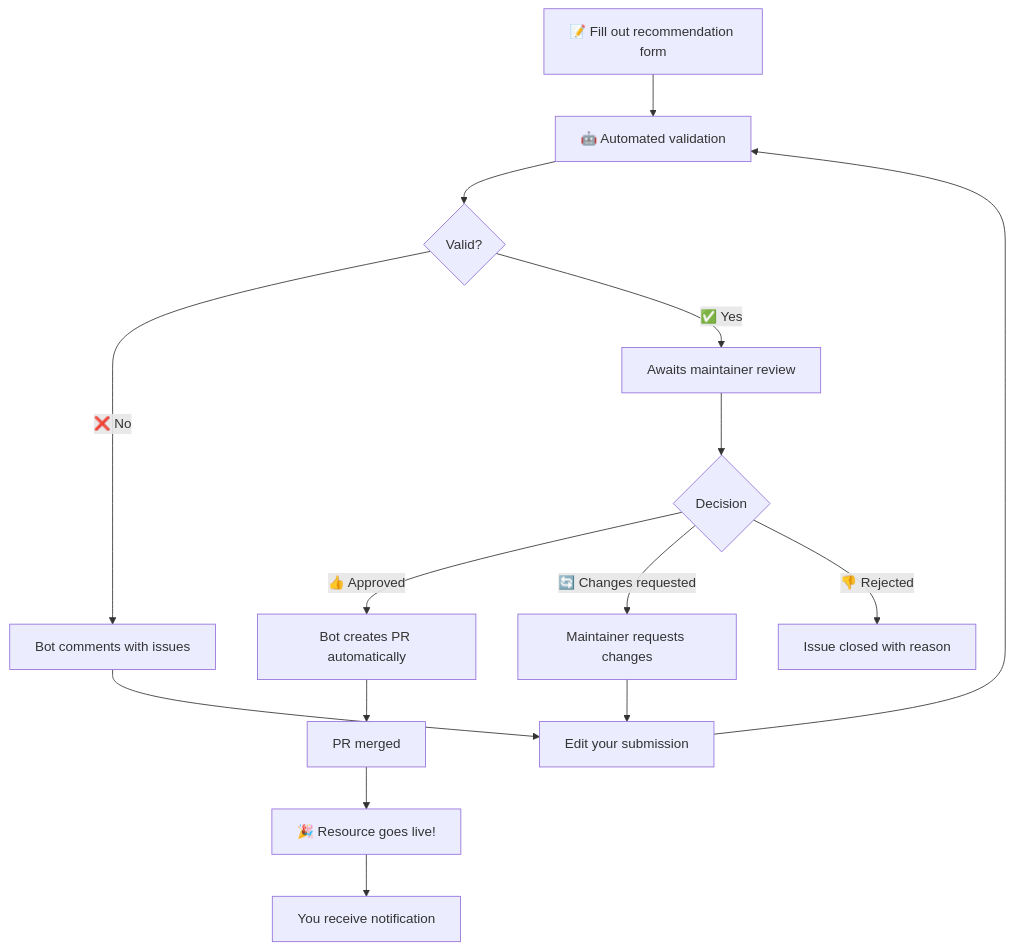
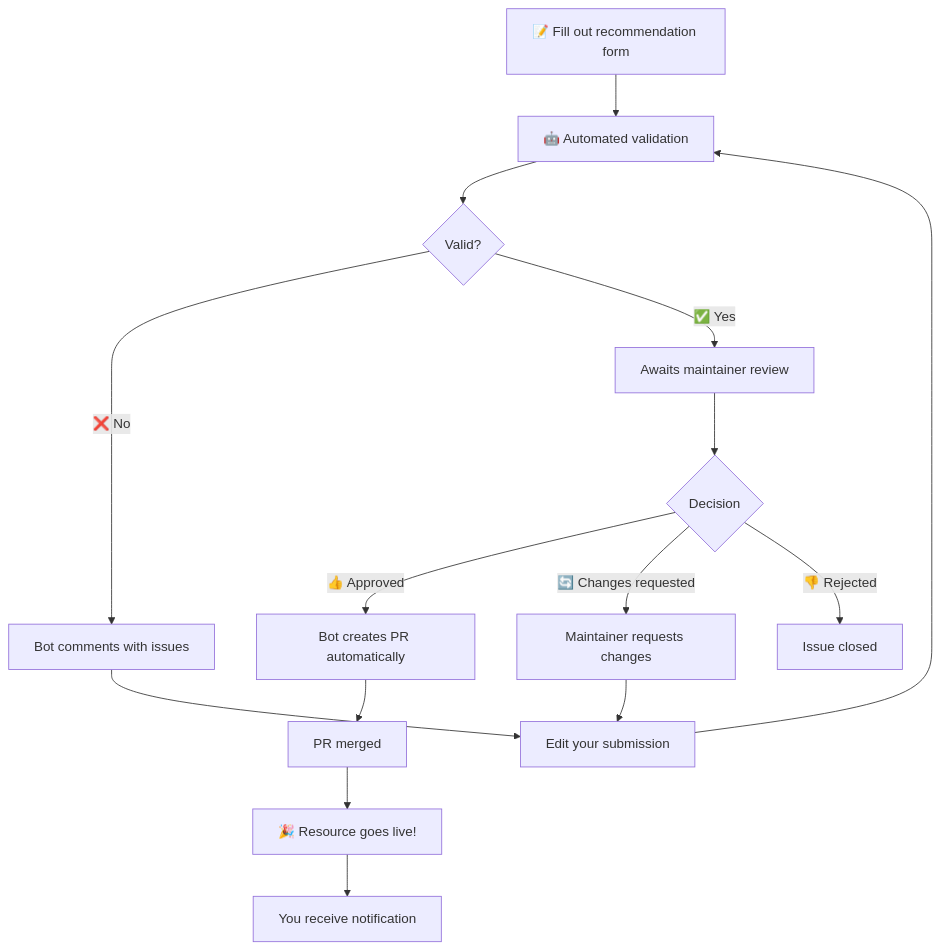
One commit to hesreallyhim/awesome-claude-code changed the diagram in docs/CONTRIBUTING.md. Above: the diagram before and after it, drawn with Mermaid. The commit also changed other lines of this file and 48 other files, not shown here.

````diff
--- a/docs/CONTRIBUTING.md
+++ b/docs/CONTRIBUTING.md
@@ -38,17 +38,17 @@
 ```mermaid
 graph TD
     A[📝 Fill out recommendation form] --> B[🤖 Automated validation]
     B --> C{Valid?}
     C -->|❌ No| D[Bot comments with issues]
     D --> E[Edit your submission]
     E --> B
     C -->|✅ Yes| F[Awaits maintainer review]
     F --> G{Decision}
     G -->|👍 Approved| H[Bot creates PR automatically]
     G -->|🔄 Changes requested| I[Maintainer requests changes]
-    G -->|👎 Rejected| J[Issue closed with reason]
+    G -->|👎 Rejected| J[Issue closed]
     I --> E
     H --> K[PR merged]
     K --> L[🎉 Resource goes live!]
     L --> M[You receive notification]
 ```
````
